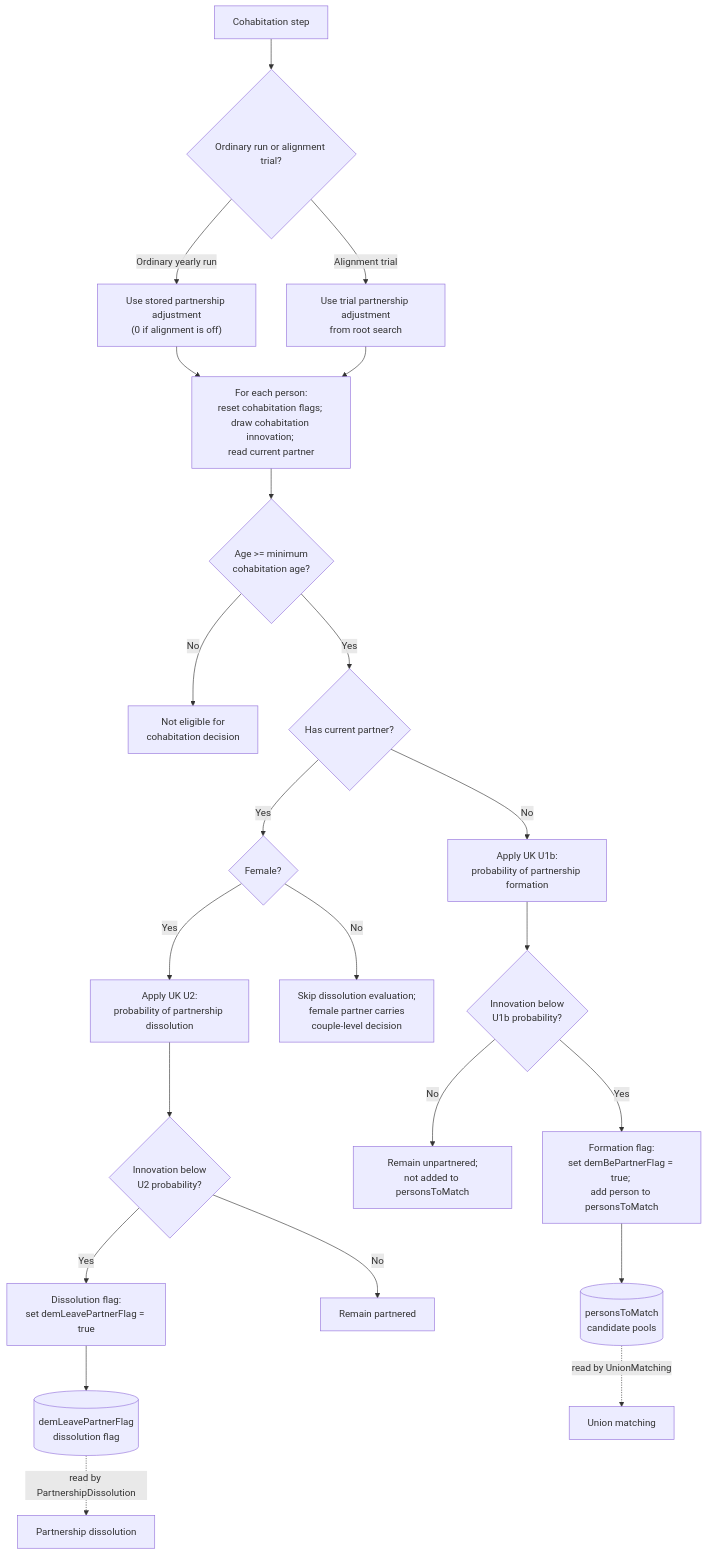
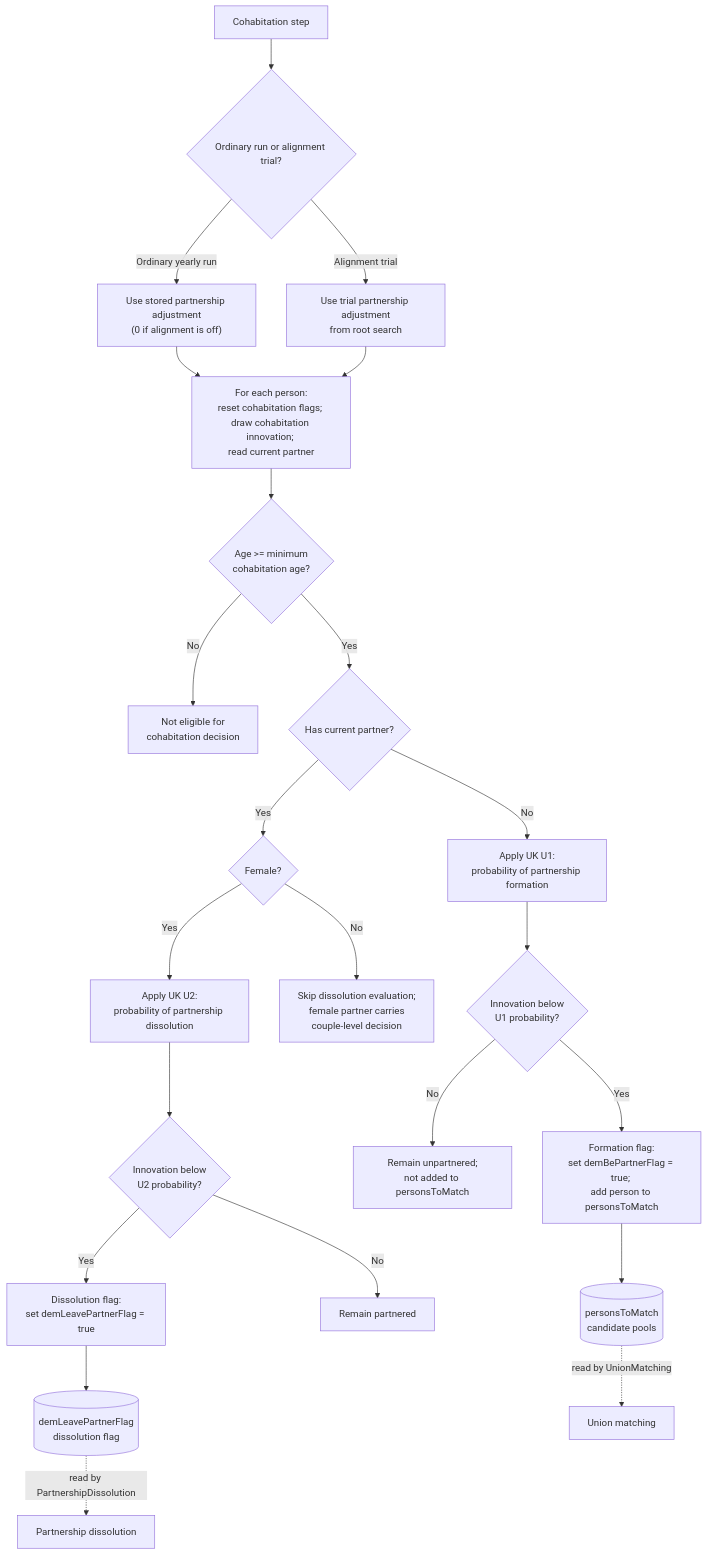
The diagram in documentation/flowcharts/modules/cohabitation.md (centreformicrosimulation/SimPaths), drawn with Mermaid before and after one commit. The commit also changed other lines of this file and 2 other files, not shown here.

````diff
--- a/documentation/flowcharts/modules/cohabitation.md
+++ b/documentation/flowcharts/modules/cohabitation.md
@@ -107,27 +107,27 @@
 ```mermaid
 flowchart TD
     A["Cohabitation step"] --> B{"Ordinary run or alignment trial?"}
     B -- Ordinary yearly run --> C["Use stored partnership adjustment<br/>(0 if alignment is off)"]
     B -- Alignment trial --> D["Use trial partnership adjustment<br/>from root search"]
     C --> E["For each person:<br/>reset cohabitation flags; <br/>draw cohabitation innovation; <br/>read current partner"]
     D --> E
 
     E --> F{"Age >= minimum<br/>cohabitation age?"}
     F -- No --> Z["Not eligible for<br/>cohabitation decision"]
     F -- Yes --> H{"Has current partner?"}
-    H -- No --> I["Apply UK U1b:<br/>probability of partnership formation"]
-    I --> J{"Innovation below<br/>U1b probability?"}
+    H -- No --> I["Apply UK U1:<br/>probability of partnership formation"]
+    I --> J{"Innovation below<br/>U1 probability?"}
     J -- Yes --> K["Formation flag:<br/>set demBePartnerFlag = true; <br/>add person to personsToMatch"]
     J -- No --> L["Remain unpartnered;<br/>not added to personsToMatch"]
     H -- Yes --> M{"Female?"}
     M -- No --> N["Skip dissolution evaluation;<br/>female partner carries<br/>couple-level decision"]
     M -- Yes --> O["Apply UK U2:<br/>probability of partnership dissolution"]
     O --> P{"Innovation below<br/>U2 probability?"}
     P -- Yes --> Q["Dissolution flag:<br/>set demLeavePartnerFlag = true"]
     P -- No --> R["Remain partnered"]
 
     K --> K2[("personsToMatch<br/>candidate pools")]
     Q --> Q2[("demLeavePartnerFlag<br/>dissolution flag")]
     K2 -. "read by UnionMatching" .-> UM["Union matching"]
     Q2 -. "read by PartnershipDissolution" .-> PD["Partnership dissolution"]
 ```
````
